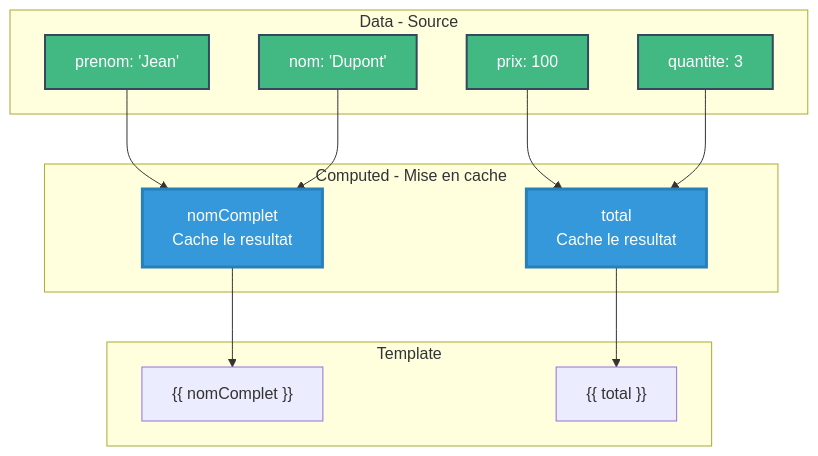
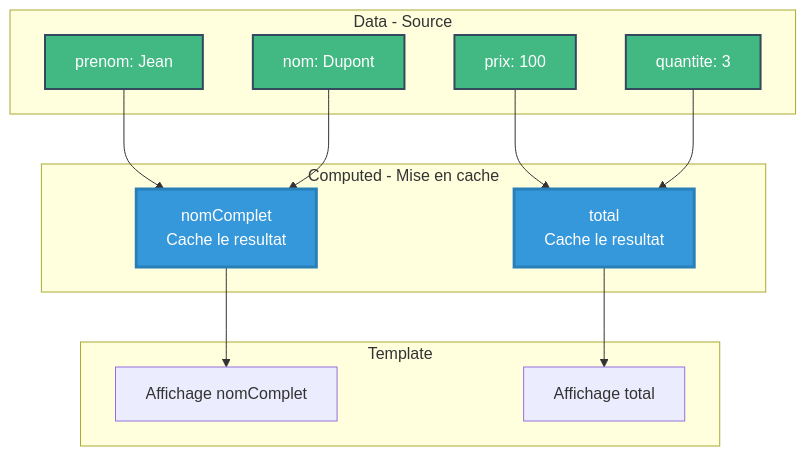
The fifth of 6 diagrams in pages/module1-introduction-bases.md (JSurquin/pylowt), drawn with Mermaid before and after one commit. The commit also changed other lines of this file and 5 other files, not shown here.

````diff
--- a/pages/module1-introduction-bases.md
+++ b/pages/module1-introduction-bases.md
@@ -1798,33 +1864,33 @@
 ```mermaid
 graph TB
     subgraph Data["Data - Source"]
-        P[prenom: 'Jean']
-        N[nom: 'Dupont']
+        P[prenom: Jean]
+        N[nom: Dupont]
         PR[prix: 100]
         Q[quantite: 3]
     end
     
     subgraph Computed["Computed - Mise en cache"]
         NC[nomComplet<br/>Cache le resultat]
         T[total<br/>Cache le resultat]
     end
     
     subgraph Template["Template"]
-        D1["{{ nomComplet }}"]
-        D2["{{ total }}"]
+        D1[Affichage nomComplet]
+        D2[Affichage total]
     end
     
     P --> NC
     N --> NC
     PR --> T
     Q --> T
     NC --> D1
     T --> D2
     
     style P fill:#42b883,stroke:#35495e,stroke-width:2px,color:#fff
     style N fill:#42b883,stroke:#35495e,stroke-width:2px,color:#fff
     style PR fill:#42b883,stroke:#35495e,stroke-width:2px,color:#fff
     style Q fill:#42b883,stroke:#35495e,stroke-width:2px,color:#fff
     style NC fill:#3498db,stroke:#2980b9,stroke-width:3px,color:#fff
     style T fill:#3498db,stroke:#2980b9,stroke-width:3px,color:#fff
 ```
````
